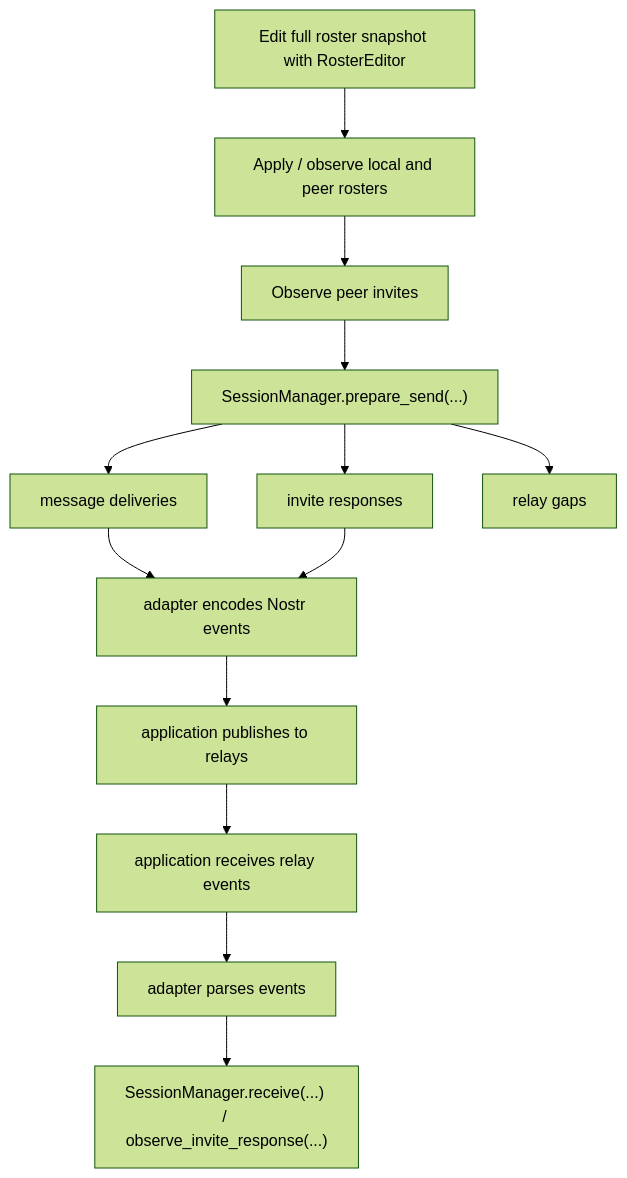
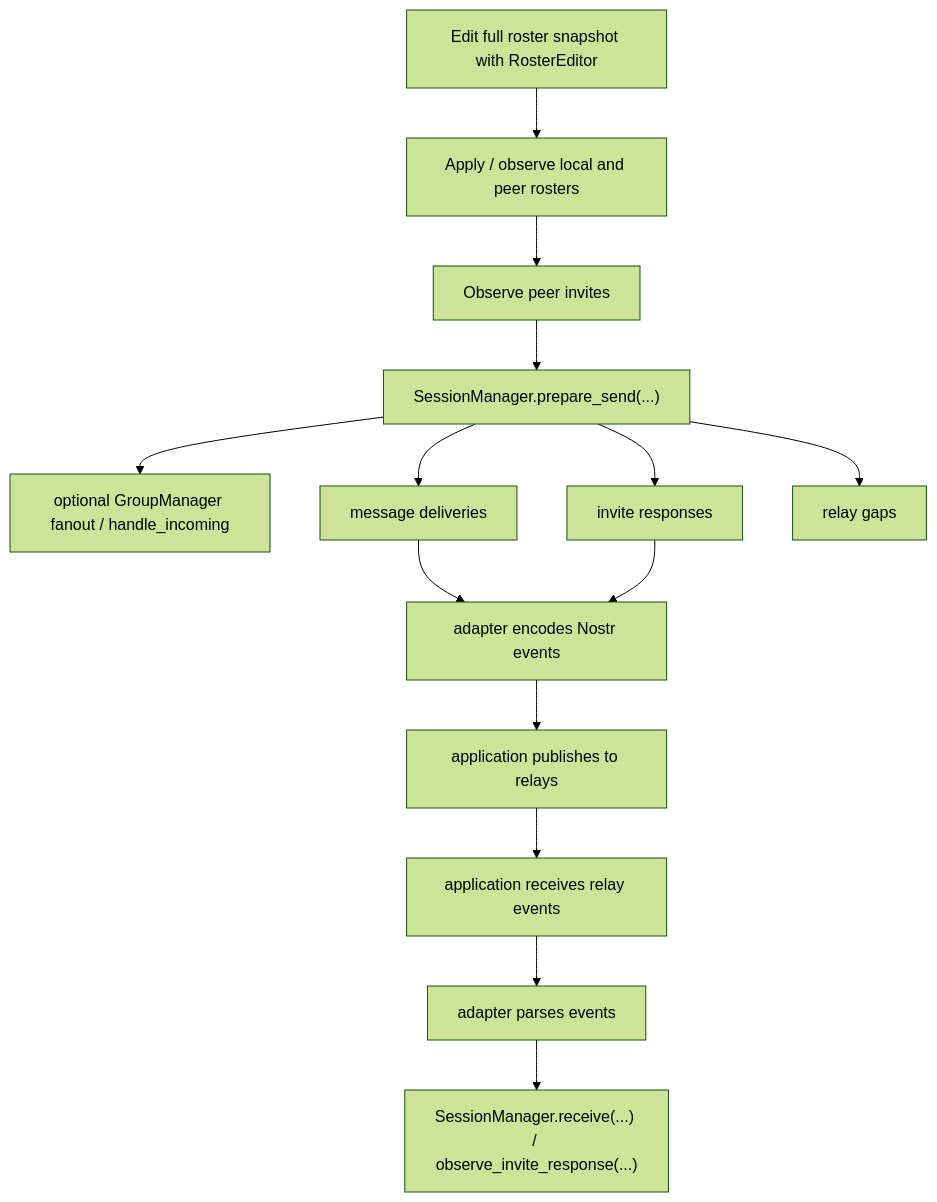
The second of 3 diagrams in README.md (lauri000/nostr-double-ratchet), drawn with Mermaid (forest theme) before and after one commit. The commit also changed other lines of this file and 10 other files, not shown here.

Commit message:
Add pairwise-fanout group manager

````diff
--- a/README.md
+++ b/README.md
@@ -55,15 +58,16 @@
 ```mermaid
 flowchart TD
   Edit["Edit full roster snapshot with RosterEditor"] --> Roster["Apply / observe local and peer rosters"]
   Roster --> Invite["Observe peer invites"]
   Invite --> Prepare["SessionManager.prepare_send(...)"]
+  Prepare --> Group["optional GroupManager fanout / handle_incoming"]
   Prepare --> Deliveries["message deliveries"]
   Prepare --> Responses["invite responses"]
   Prepare --> Gaps["relay gaps"]
   Deliveries --> Encode["adapter encodes Nostr events"]
   Responses --> Encode
   Encode --> Publish["application publishes to relays"]
   Publish --> Receive["application receives relay events"]
   Receive --> Parse["adapter parses events"]
   Parse --> Apply["SessionManager.receive(...) / observe_invite_response(...)"]
 ```
````
